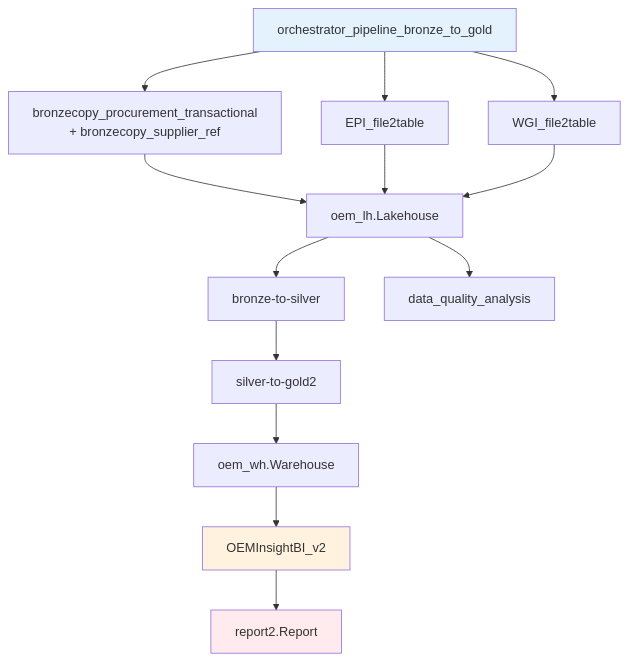
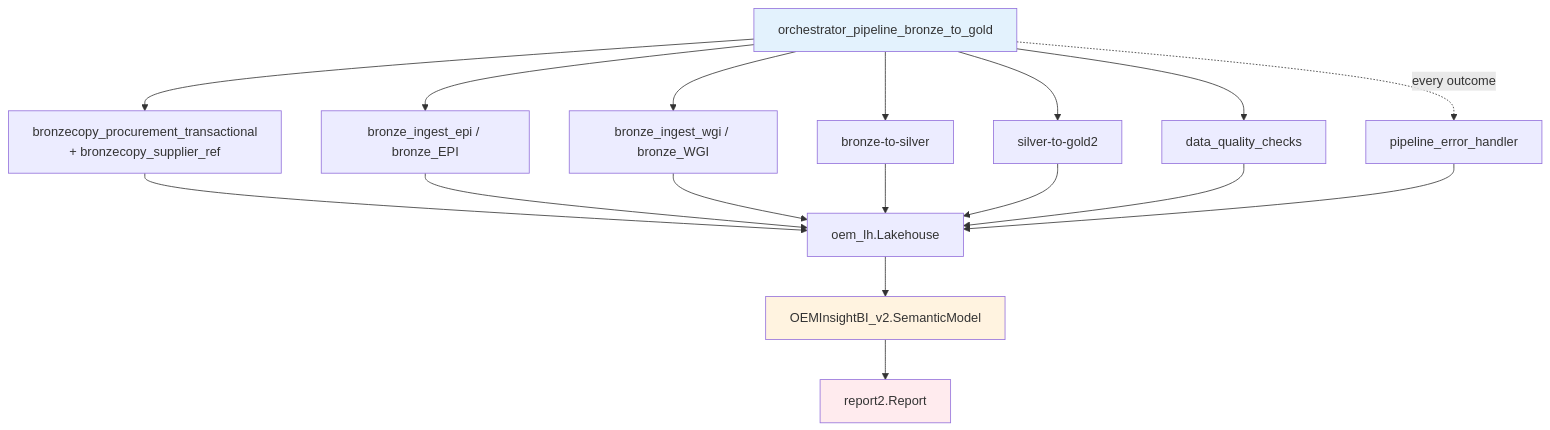
Before and after one commit to erikemilsson/OEMMatInsightBI: the diagram in docs/architecture/fabric-artifacts-inventory.md, drawn with Mermaid. The commit also changed other lines of this file and 4 other files, not shown here.

````diff
--- a/docs/architecture/fabric-artifacts-inventory.md
+++ b/docs/architecture/fabric-artifacts-inventory.md
@@ -74,38 +62,34 @@
 ```mermaid
 graph TD
     Pipeline[orchestrator_pipeline_bronze_to_gold]
 
-    Bronze1[bronzecopy_procurement_transactional<br/>+ bronzecopy_supplier_ref]
-    Bronze2[EPI_file2table]
-    Bronze3[WGI_file2table]
+    BC1[bronzecopy_procurement_transactional<br/>+ bronzecopy_supplier_ref]
+    BE[bronze_ingest_epi / bronze_EPI]
+    BW[bronze_ingest_wgi / bronze_WGI]
 
-    Silver[bronze-to-silver]
-    Gold[silver-to-gold2]
-    DQ[data_quality_analysis]
+    BS[bronze-to-silver]
+    SG[silver-to-gold2]
+    DQ[data_quality_checks]
+    EH[pipeline_error_handler]
 
     LH[oem_lh.Lakehouse]
-    WH[oem_wh.Warehouse]
-    SM[OEMInsightBI_v2]
+    SM[OEMInsightBI_v2.SemanticModel]
     Report[report2.Report]
 
-    Pipeline --> Bronze1
-    Pipeline --> Bronze2
-    Pipeline --> Bronze3
+    Pipeline --> BC1 & BE & BW & BS & SG & DQ
+    BC1 --> LH
+    BE --> LH
+    BW --> LH
+    BS --> LH
+    SG --> LH
+    DQ --> LH
+    Pipeline -.every outcome.-> EH
+    EH --> LH
 
-    Bronze1 --> LH
-    Bronze2 --> LH
-    Bronze3 --> LH
-
-    LH --> Silver
-    Silver --> Gold
-    Gold --> WH
-
-    LH --> DQ
-
-    WH --> SM
+    LH --> SM
     SM --> Report
 
     style Pipeline fill:#e3f2fd
     style SM fill:#fff3e0
     style Report fill:#ffebee
 ```
````
